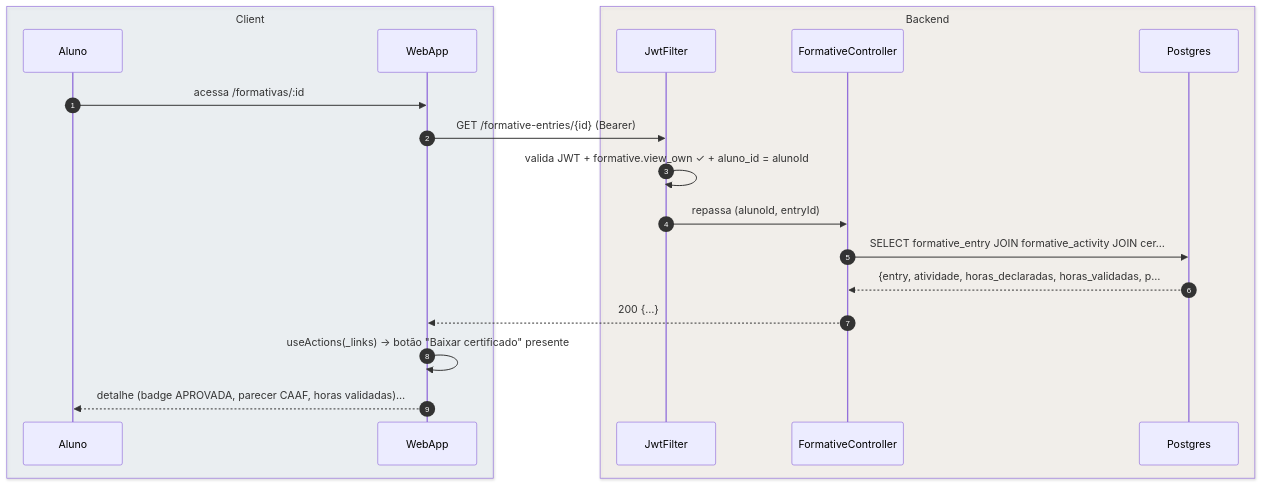
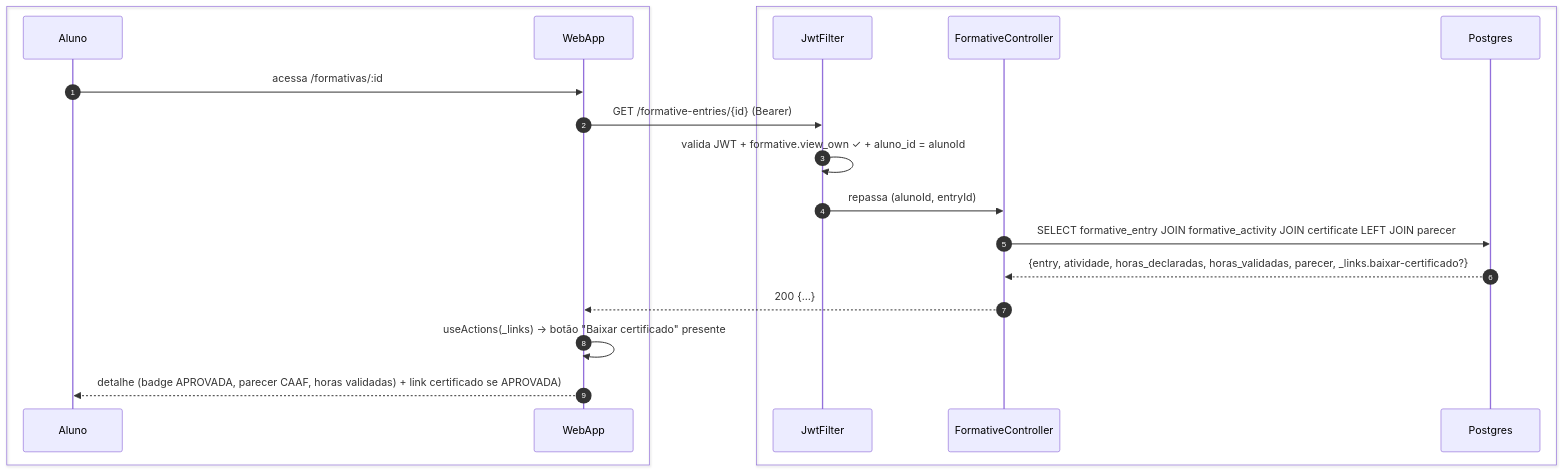
The fourth of 4 diagrams in foundationDocs/sequenceDiagrams/F1 — Aluno/US-F1-006-FORMATIVAS.md (umishell/secretariaOnline2), drawn with Mermaid before and after one commit. The commit also changed other lines of this file and 70 other files, not shown here.

First line of the commit message:
Enhance database documentation and introduce new schema files

````diff
--- a/foundationDocs/sequenceDiagrams/F1 — Aluno/US-F1-006-FORMATIVAS.md
+++ b/foundationDocs/sequenceDiagrams/F1 — Aluno/US-F1-006-FORMATIVAS.md
@@ -173,23 +173,23 @@
 ```mermaid
 sequenceDiagram
     autonumber
-    box rgba(230,245,255,0.3) Client
+    box #e8f4fc Cliente
         participant Aluno
         participant WebApp
     end
-    box rgba(255,245,230,0.3) Backend
+    box #fff8ee Servidor
         participant JwtFilter
         participant FormativeController
         participant Postgres
     end
 
     Aluno->>WebApp: acessa /formativas/:id
     WebApp->>JwtFilter: GET /formative-entries/{id} (Bearer)
     JwtFilter->>JwtFilter: valida JWT + formative.view_own ✓ + aluno_id = alunoId
     JwtFilter->>FormativeController: repassa (alunoId, entryId)
-    FormativeController->>Postgres: SELECT formative_entry JOIN formative_activity JOIN cer…
-    Postgres-->>FormativeController: {entry, atividade, horas_declaradas, horas_validadas, p…
+    FormativeController->>Postgres: SELECT formative_entry JOIN formative_activity JOIN certificate LEFT JOIN parecer
+    Postgres-->>FormativeController: {entry, atividade, horas_declaradas, horas_validadas, parecer, _links.baixar-certificado?}
     FormativeController-->>WebApp: 200 {…}
     WebApp->>WebApp: useActions(_links) → botão "Baixar certificado" presente
-    WebApp-->>Aluno: detalhe (badge APROVADA, parecer CAAF, horas validadas)…
+    WebApp-->>Aluno: detalhe (badge APROVADA, parecer CAAF, horas validadas) + link certificado se APROVADA)
 ```
````
